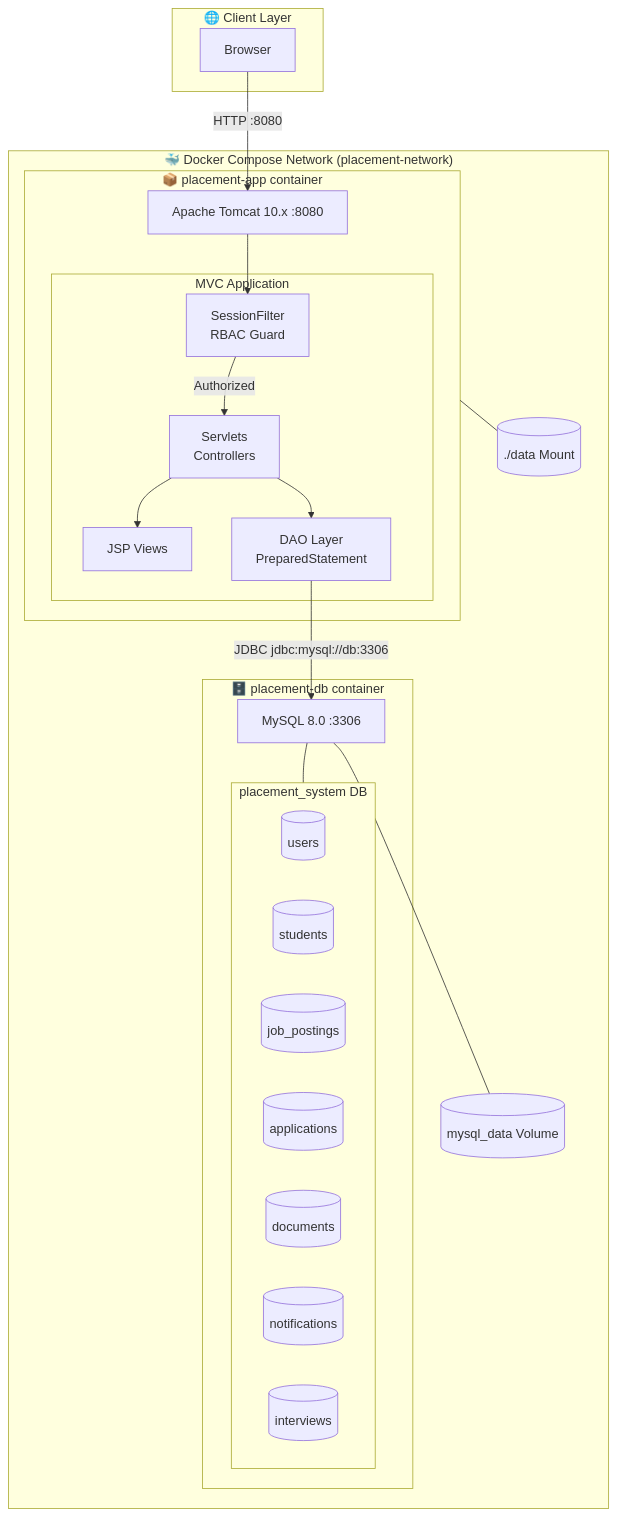
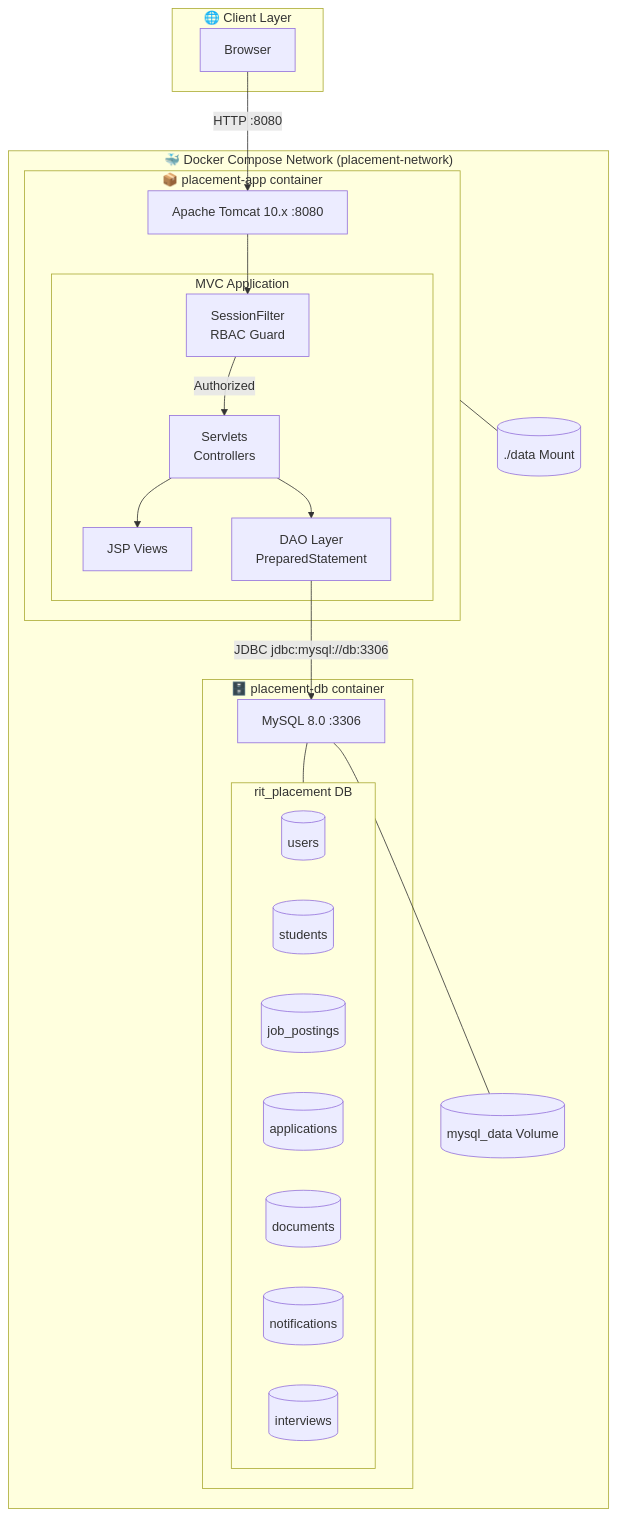
The first of 7 diagrams in README.md (AnanthAkshay/CampusToCareer), drawn with Mermaid before and after one commit. The commit also changed other lines of this file and 49 other files, not shown here.

Commit message:
docs & feat: consolidate repository architecture and enable premium administrative portals

````diff
--- a/README.md
+++ b/README.md
@@ -105,44 +105,44 @@
 ```mermaid
 graph TB
     subgraph Client["🌐 Client Layer"]
         B[Browser]
     end
 
     subgraph Docker["🐳 Docker Compose Network (placement-network)"]
         subgraph App["📦 placement-app container"]
             T[Apache Tomcat 10.x :8080]
             subgraph MVC["MVC Application"]
                 F[SessionFilter<br/>RBAC Guard]
                 S[Servlets<br/>Controllers]
                 J[JSP Views]
                 D[DAO Layer<br/>PreparedStatement]
             end
         end
 
         subgraph DB["🗄️ placement-db container"]
             M[MySQL 8.0 :3306]
-            subgraph Schema["placement_system DB"]
+            subgraph Schema["rit_placement DB"]
                 T1[(users)]
                 T2[(students)]
                 T3[(job_postings)]
                 T4[(applications)]
                 T5[(documents)]
                 T6[(notifications)]
                 T7[(interviews)]
             end
         end
 
         V1[(mysql_data Volume)]
         V2[(./data Mount)]
     end
 
     B -->|HTTP :8080| T
     T --> F
     F -->|Authorized| S
     S --> J
     S --> D
     D -->|JDBC jdbc:mysql://db:3306| M
     M --- Schema
     M --- V1
     App --- V2
 ```
````
